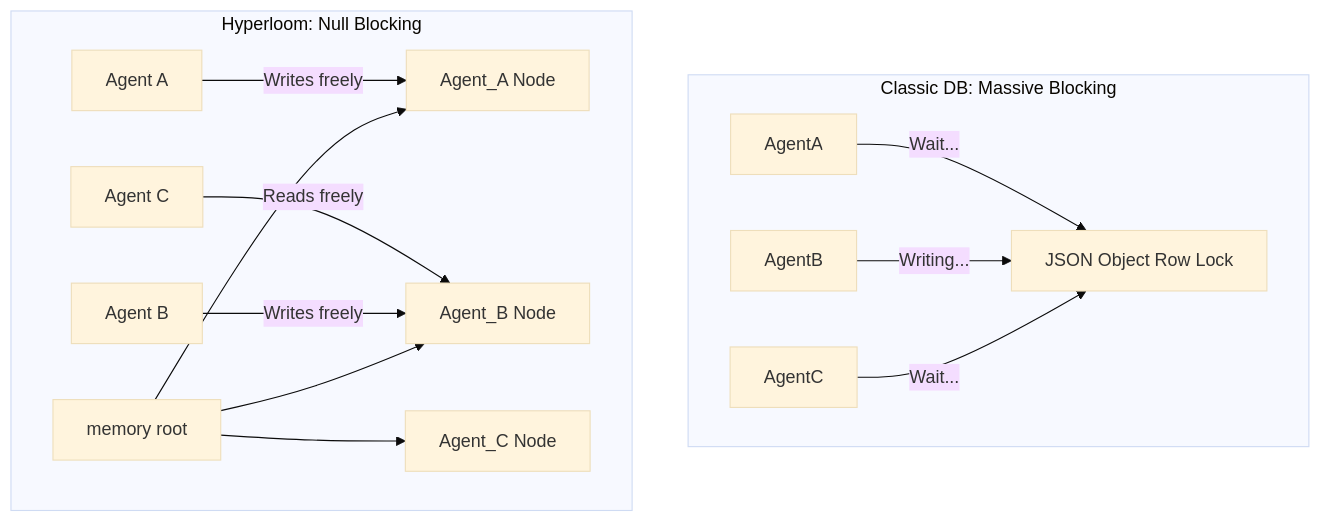
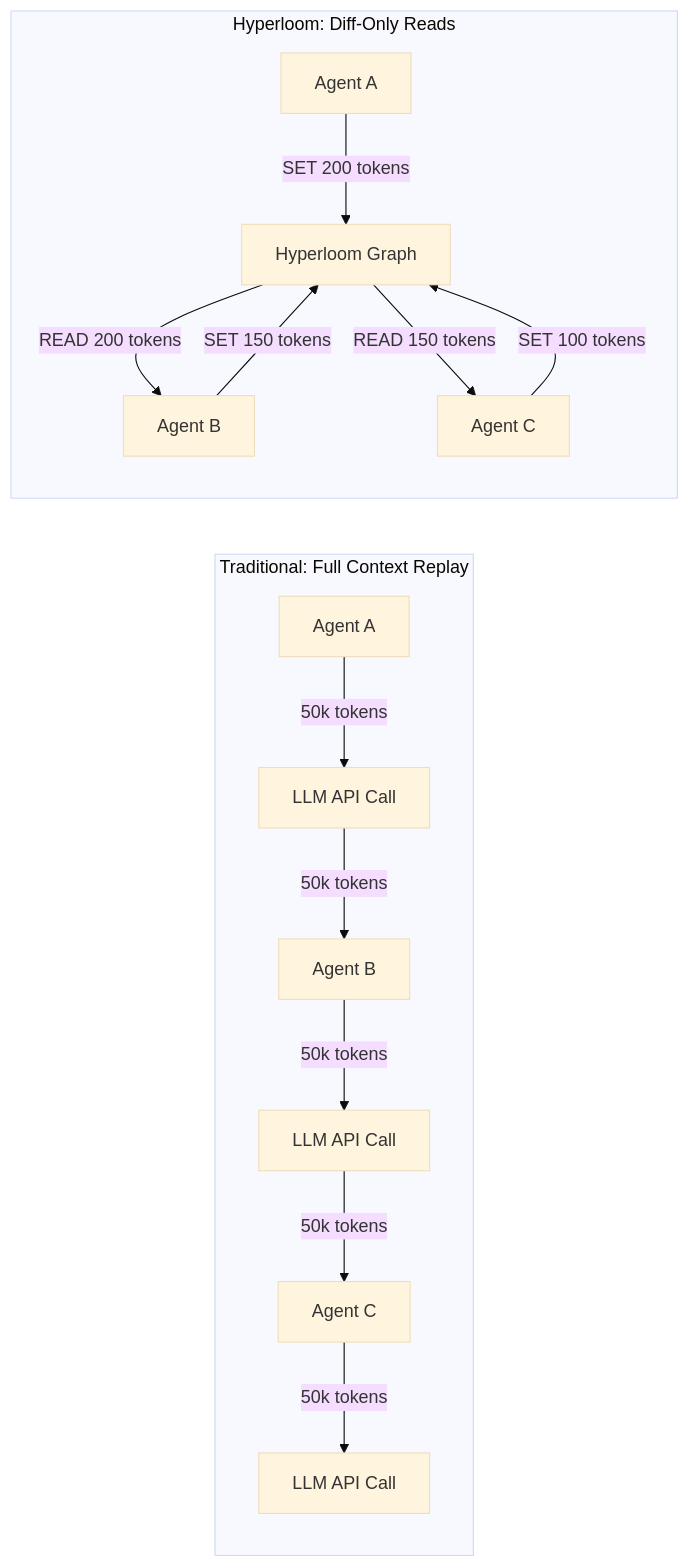
One commit to OckhamNode/hyperloom changed the first of 2 diagrams in README.md. Above: the diagram before and after it, drawn with Mermaid (base theme). The commit also changed other lines of this file and 1 other file, not shown here.

Commit message:
Reposition Hyperloom as LLM Cost-Optimization Engine with business case and token-saving architecture

````diff
--- a/README.md
+++ b/README.md
@@ -20,19 +30,20 @@
 ```mermaid
-graph TD
-    subgraph TraditionalDB ["Classic DB: Massive Blocking"]
-        DB["JSON Object Row Lock"]
-        AgentA -- "Wait..." --> DB
-        AgentB -- "Writing..." --> DB
-        AgentC -- "Wait..." --> DB
+graph LR
+    subgraph Traditional["Traditional: Full Context Replay"]
+        direction TB
+        A1["Agent A"] -->|"50k tokens"| LLM1["LLM API Call"]
+        LLM1 -->|"50k tokens"| A2["Agent B"]
+        A2 -->|"50k tokens"| LLM2["LLM API Call"]
+        LLM2 -->|"50k tokens"| A3["Agent C"]
+        A3 -->|"50k tokens"| LLM3["LLM API Call"]
     end
-    
-    subgraph HyperloomFramework ["Hyperloom: Null Blocking"]
-        ROOT["memory root"]
-        ROOT --> N1["Agent_A Node"]
-        ROOT --> N2["Agent_B Node"]
-        ROOT --> N3["Agent_C Node"]
-        A["Agent A"] --> |"Writes freely"|N1 
-        B["Agent B"] --> |"Writes freely"|N2
-        C["Agent C"] --> |"Reads freely"|N2
+
+    subgraph Hyperloom["Hyperloom: Diff-Only Reads"]
+        direction TB
+        H1["Agent A"] -->|"SET 200 tokens"| HL["Hyperloom Graph"]
+        HL -->|"READ 200 tokens"| H2["Agent B"]
+        H2 -->|"SET 150 tokens"| HL
+        HL -->|"READ 150 tokens"| H3["Agent C"]
+        H3 -->|"SET 100 tokens"| HL
     end
 ```
````
